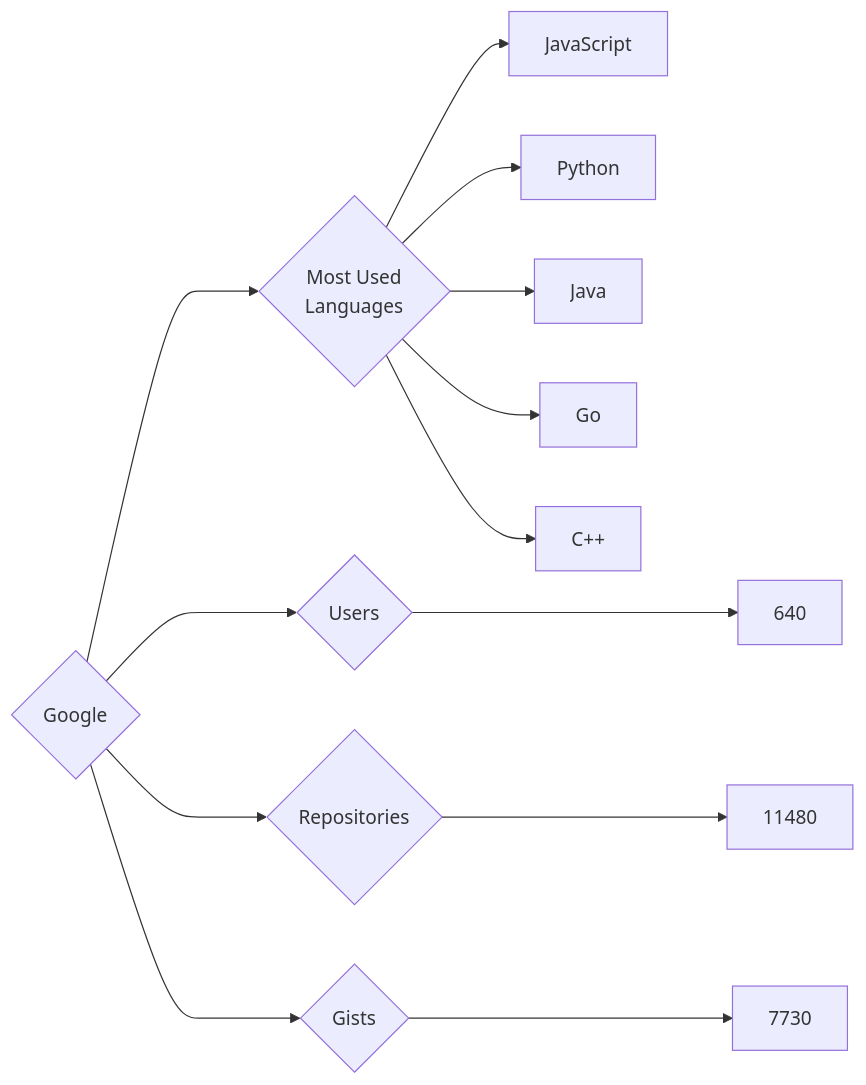
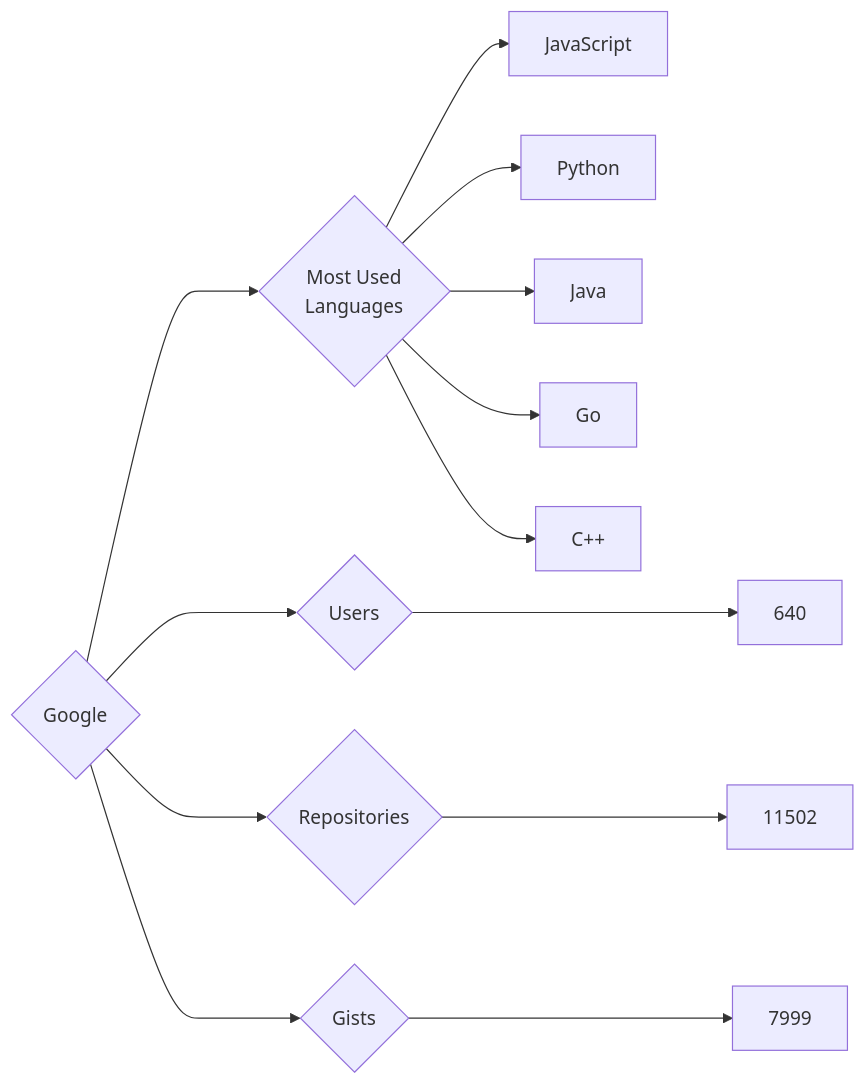
Before and after one commit to trickest/insiders: the diagram in targets/Google/README.md, drawn with Mermaid. The commit also changed 773 other files, not shown here.

````diff
--- a/targets/Google/README.md
+++ b/targets/Google/README.md
@@ -3,13 +3,13 @@
 ```mermaid
 graph LR
 COMPANY_NAME{Google}
 COMPANY_NAME ---> U{Users} ---> UN[640]
-COMPANY_NAME ---> R{Repositories} ---> RN[11480]
-COMPANY_NAME ---> G{Gists} ---> GN[7730]
+COMPANY_NAME ---> R{Repositories} ---> RN[11502]
+COMPANY_NAME ---> G{Gists} ---> GN[7999]
 COMPANY_NAME ---> ML{Most Used<br>Languages}
 ML --> JavaScript[JavaScript]
 ML --> Python[Python]
 ML --> Java[Java]
 ML --> Go[Go]
 ML --> C++[C++]
 ```
````
